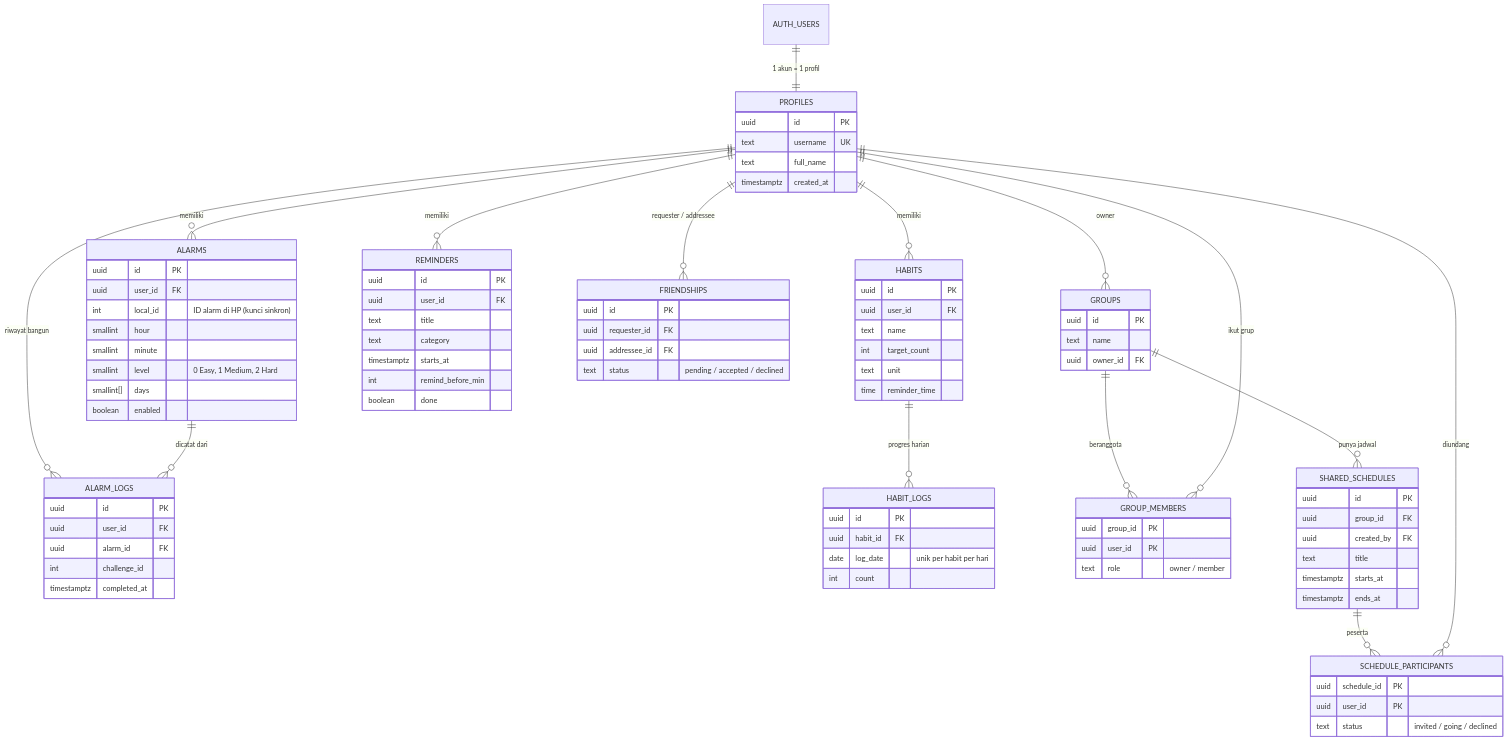
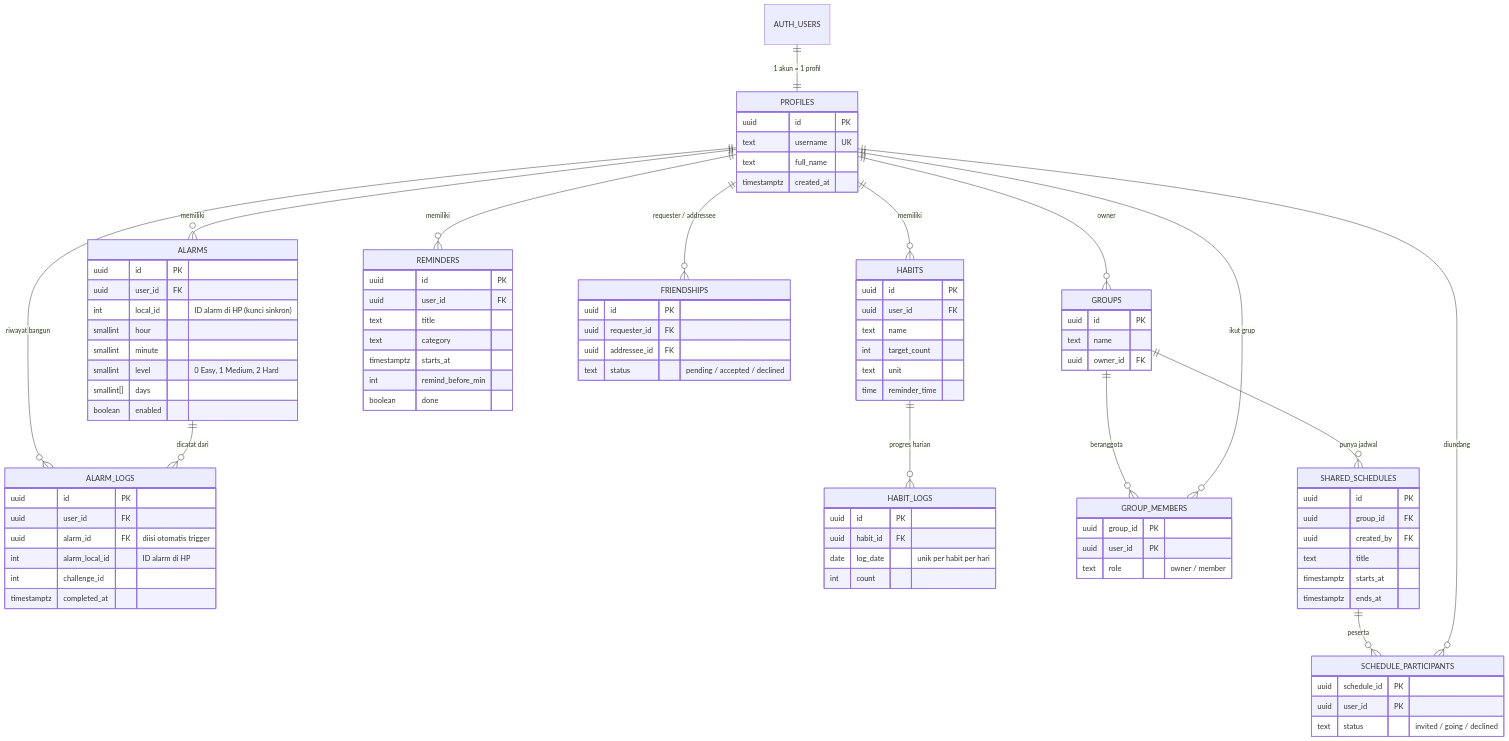
The diagram in docs/DATABASE.md (aargaming7-spec/WakeUp), drawn with Mermaid before and after one commit. The commit also changed other lines of this file and 2 other files, not shown here.

```diff
--- a/docs/DATABASE.md
+++ b/docs/DATABASE.md
@@ -49,7 +50,8 @@
     ALARM_LOGS {
         uuid id PK
         uuid user_id FK
-        uuid alarm_id FK
+        uuid alarm_id FK "diisi otomatis trigger"
+        int alarm_local_id "ID alarm di HP"
         int challenge_id
         timestamptz completed_at
     }
```
